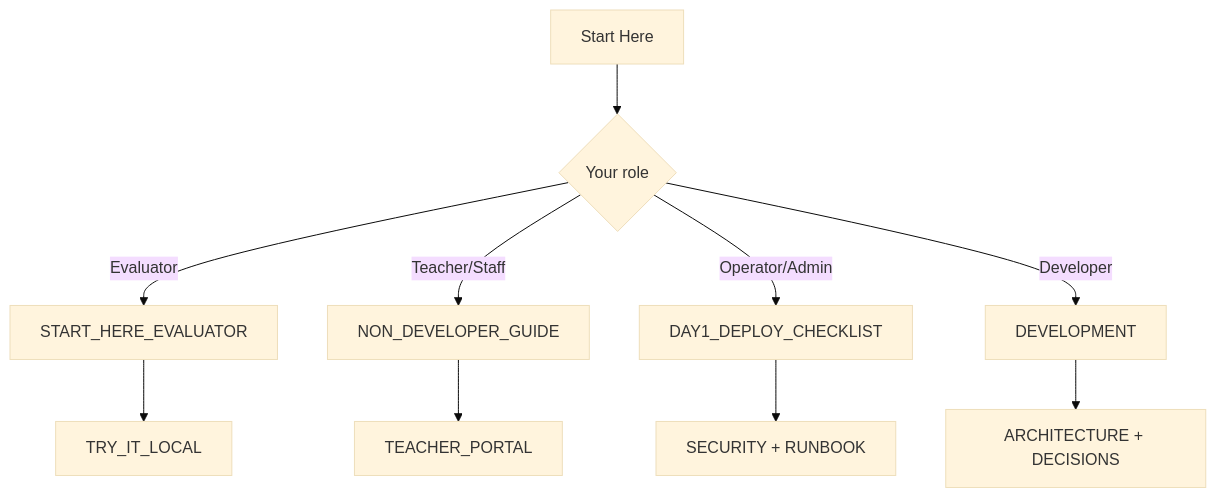
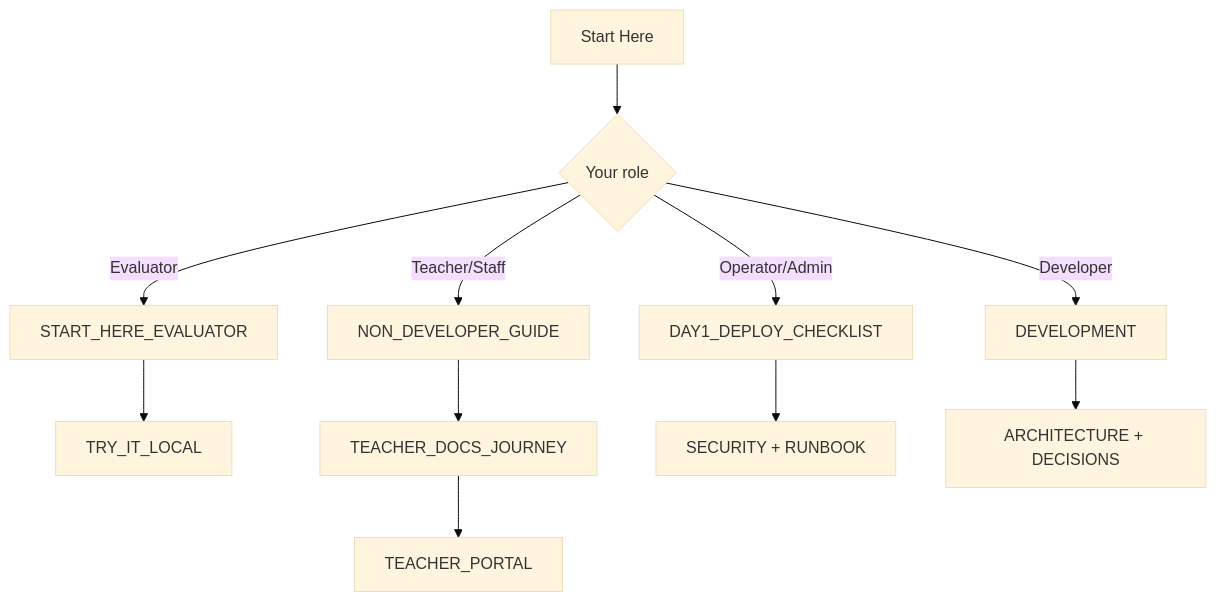
The diagram in docs/START_HERE.md (bseverns/classhub), drawn with Mermaid (base theme) before and after one commit. The commit also changed other lines of this file and 17 other files, not shown here.

Commit message:
docs: add teacher journey and refresh public/press copy

````diff
--- a/docs/START_HERE.md
+++ b/docs/START_HERE.md
@@ -56,12 +57,13 @@
 ```mermaid
 flowchart TD
   A[Start Here] --> B{Your role}
   B -->|Evaluator| C[START_HERE_EVALUATOR]
   C --> D[TRY_IT_LOCAL]
   B -->|Teacher/Staff| E[NON_DEVELOPER_GUIDE]
-  E --> F[TEACHER_PORTAL]
-  B -->|Operator/Admin| G[DAY1_DEPLOY_CHECKLIST]
-  G --> H[SECURITY + RUNBOOK]
-  B -->|Developer| I[DEVELOPMENT]
-  I --> J[ARCHITECTURE + DECISIONS]
+  E --> F[TEACHER_DOCS_JOURNEY]
+  F --> G[TEACHER_PORTAL]
+  B -->|Operator/Admin| H[DAY1_DEPLOY_CHECKLIST]
+  H --> I[SECURITY + RUNBOOK]
+  B -->|Developer| J[DEVELOPMENT]
+  J --> K[ARCHITECTURE + DECISIONS]
 ```
````
